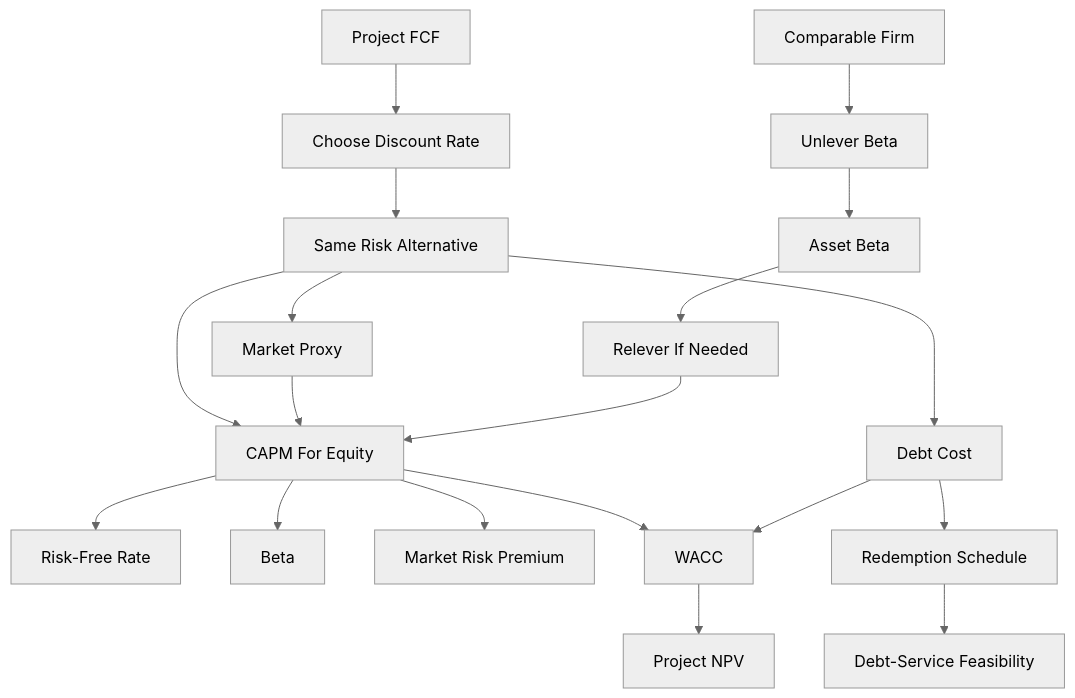
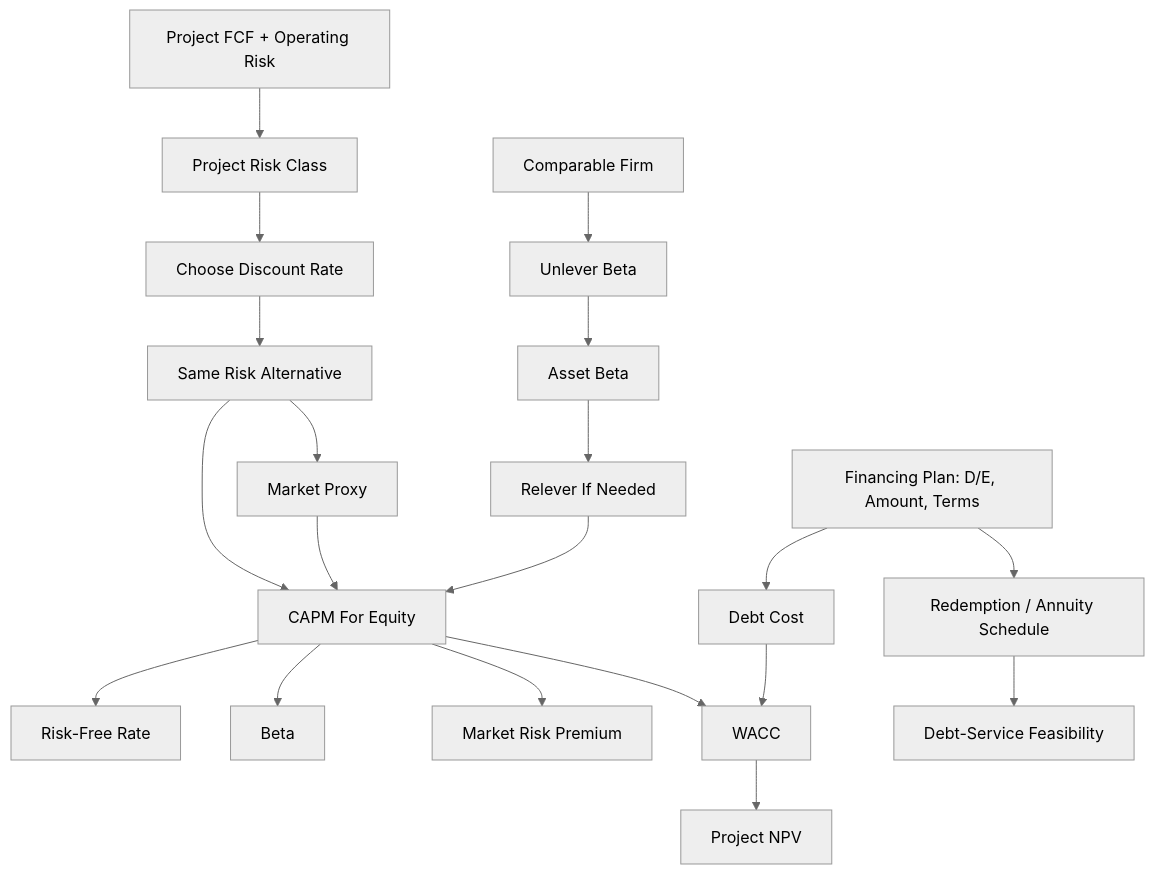
The diagram in finance-and-investment-management/wiki/session-07-08-cost-of-capital/CONTEXT.md (aerkn1/TUM-semester-2), drawn with Mermaid (neutral theme) before and after one commit. The commit also changed other lines of this file and 28 other files, not shown here.

````diff
--- a/finance-and-investment-management/wiki/session-07-08-cost-of-capital/CONTEXT.md
+++ b/finance-and-investment-management/wiki/session-07-08-cost-of-capital/CONTEXT.md
@@ -154,21 +161,22 @@
 ```mermaid
 flowchart TD
-    A[Project FCF] --> B[Choose Discount Rate]
+    A[Project FCF + Operating Risk] --> R[Project Risk Class]
+    R --> B[Choose Discount Rate]
     B --> C[Same Risk Alternative]
     C --> D[CAPM For Equity]
     C --> MP[Market Proxy]
     MP --> D
     D --> E[Risk-Free Rate]
     D --> F[Beta]
     D --> G[Market Risk Premium]
-    C --> H[Debt Cost]
+    PLAN[Financing Plan: D/E, Amount, Terms] --> H[Debt Cost]
+    PLAN --> RED[Redemption / Annuity Schedule]
     D --> I[WACC]
     H --> I
     I --> NPV[Project NPV]
-    H --> RED[Redemption Schedule]
     RED --> LIQ[Debt-Service Feasibility]
     J[Comparable Firm] --> K[Unlever Beta]
     K --> L[Asset Beta]
     L --> M[Relever If Needed]
     M --> D
 ```
````
